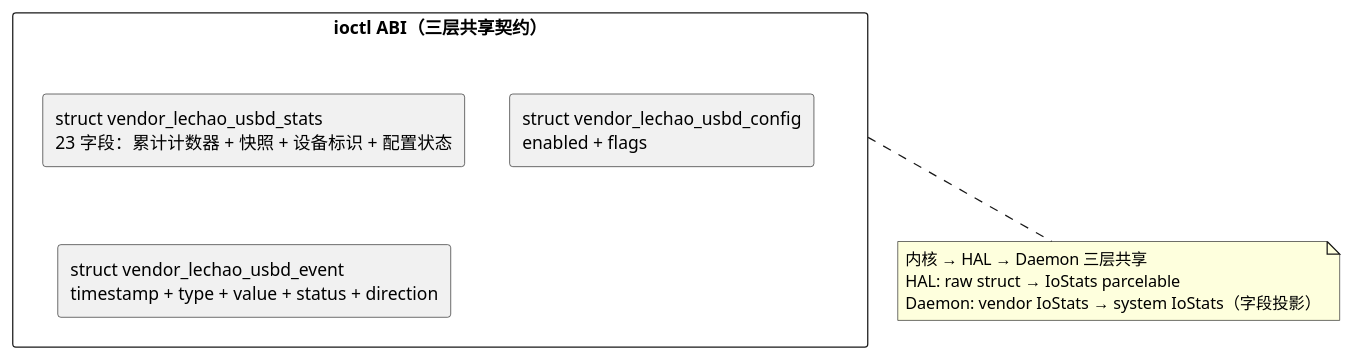
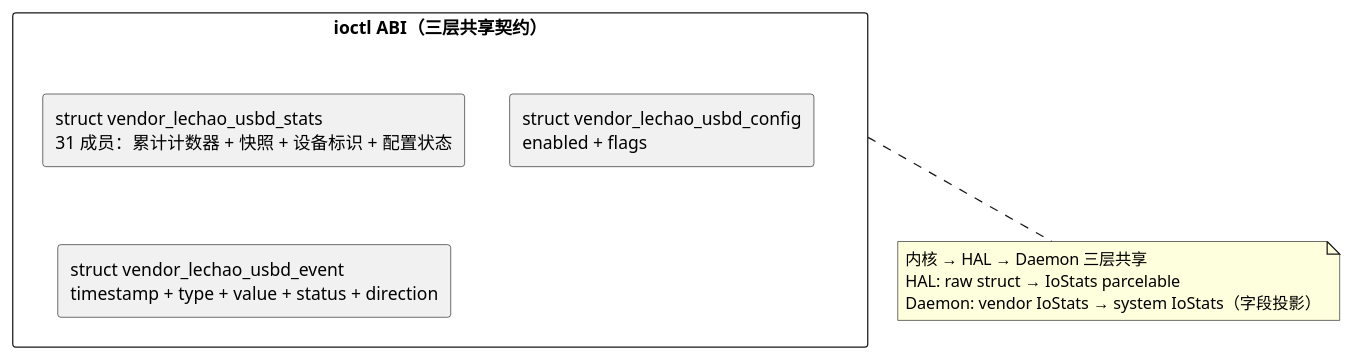
One commit to lechao365/AndroidSystemEnhance changed the second of 7 diagrams in docs/02-IO增强/README.md. Above: the diagram before and after it, drawn with PlantUML. The commit also changed other lines of this file and 212 other files, not shown here.

First line of the commit message:
构建(baseline): 发布 BL-20261013-01——LcIod SD 健康/长尾直方图与块采集迁入、LcView 事件扩展、usb-verify JSON 期望

````diff
--- a/docs/02-IO增强/README.md
+++ b/docs/02-IO增强/README.md
@@ -86,15 +87,15 @@
 ```plantuml
 @startuml
 rectangle "ioctl ABI（三层共享契约）\n" as ABI {
-    rectangle "struct vendor_lechao_usbd_stats\n23 字段：累计计数器 + 快照 + 设备标识 + 配置状态" as STATS
+    rectangle "struct vendor_lechao_usbd_stats\n31 成员：累计计数器 + 快照 + 设备标识 + 配置状态" as STATS
     rectangle "struct vendor_lechao_usbd_config\nenabled + flags" as CONFIG
     rectangle "struct vendor_lechao_usbd_event\ntimestamp + type + value + status + direction" as EVENT
 }
 
 note bottom of ABI
   内核 → HAL → Daemon 三层共享
   HAL: raw struct → IoStats parcelable
   Daemon: vendor IoStats → system IoStats（字段投影）
 end note
 @enduml
 ```
````
